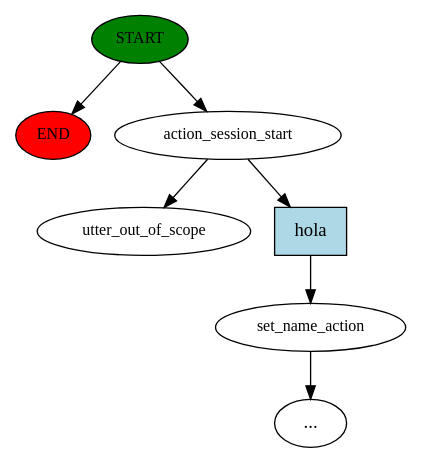
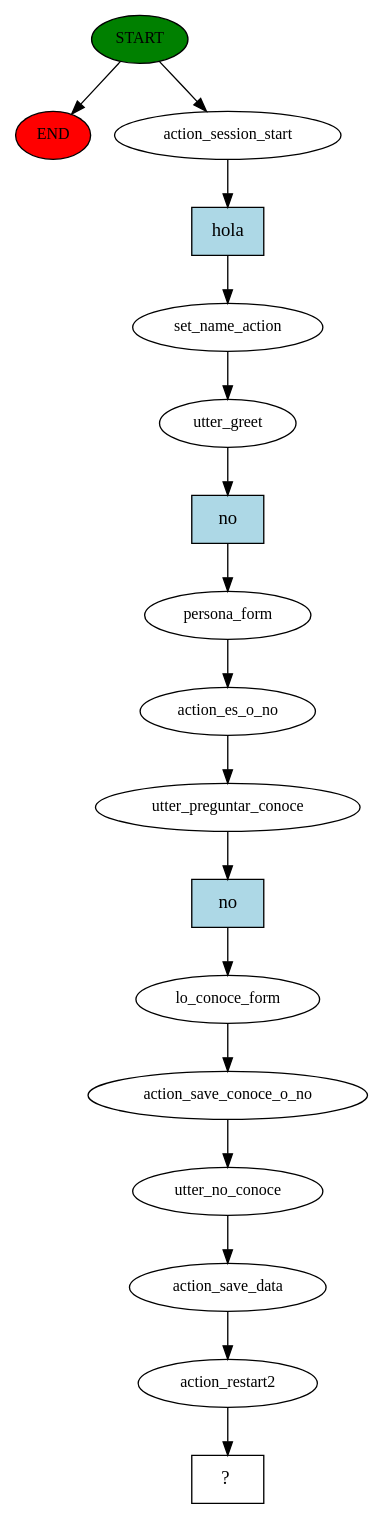
The diagram in story_graph.dot (nachovera93/Sbpay_derivacion_castigo_Salcobrand), drawn with Graphviz before and after one commit. The commit also changed 10 other files, not shown here.

```diff
--- a/story_graph.dot
+++ b/story_graph.dot
@@ -1,15 +1,35 @@
 digraph  {
 0 [class="start active", fillcolor=green, fontsize=12, label=START, style=filled];
 "-1" [class=end, fillcolor=red, fontsize=12, label=END, style=filled];
 1 [class=active, fontsize=12, label=action_session_start];
-2 [class="", fontsize=12, label=set_name_action];
-"-3" [class=ellipsis, label="..."];
-4 [class="dashed active", fontsize=12, label=utter_out_of_scope];
-5 [class=intent, fillcolor=lightblue, label=hola, shape=rect, style=filled];
+2 [class=active, fontsize=12, label=set_name_action];
+3 [class=active, fontsize=12, label=utter_greet];
+4 [class=active, fontsize=12, label=persona_form];
+5 [class=active, fontsize=12, label=action_es_o_no];
+6 [class=active, fontsize=12, label=utter_preguntar_conoce];
+7 [class=active, fontsize=12, label=lo_conoce_form];
+8 [class=active, fontsize=12, label=action_save_conoce_o_no];
+9 [class=active, fontsize=12, label=utter_no_conoce];
+10 [class=active, fontsize=12, label=action_save_data];
+11 [class=active, fontsize=12, label=action_restart2];
+12 [class="intent dashed active", label="  ?  ", shape=rect];
+13 [class="intent active", fillcolor=lightblue, label=hola, shape=rect, style=filled];
+14 [class="intent active", fillcolor=lightblue, label=no, shape=rect, style=filled];
+15 [class="intent active", fillcolor=lightblue, label=no, shape=rect, style=filled];
 0 -> "-1"  [class="", key=NONE, label=""];
 0 -> 1  [class=active, key=NONE, label=""];
-1 -> 4  [class=active, key=NONE, label=""];
-1 -> 5  [class="", key=0];
-2 -> "-3"  [class="", key=NONE, label=""];
-5 -> 2  [class="", key=0];
+1 -> 13  [class=active, key=0];
+2 -> 3  [class=active, key=NONE, label=""];
+3 -> 14  [class=active, key=0];
+4 -> 5  [class=active, key=NONE, label=""];
+5 -> 6  [class=active, key=NONE, label=""];
+6 -> 15  [class=active, key=0];
+7 -> 8  [class=active, key=NONE, label=""];
+8 -> 9  [class=active, key=NONE, label=""];
+9 -> 10  [class=active, key=NONE, label=""];
+10 -> 11  [class=active, key=NONE, label=""];
+11 -> 12  [class=active, key=NONE, label=""];
+13 -> 2  [class=active, key=0];
+14 -> 4  [class=active, key=0];
+15 -> 7  [class=active, key=0];
 }
```
